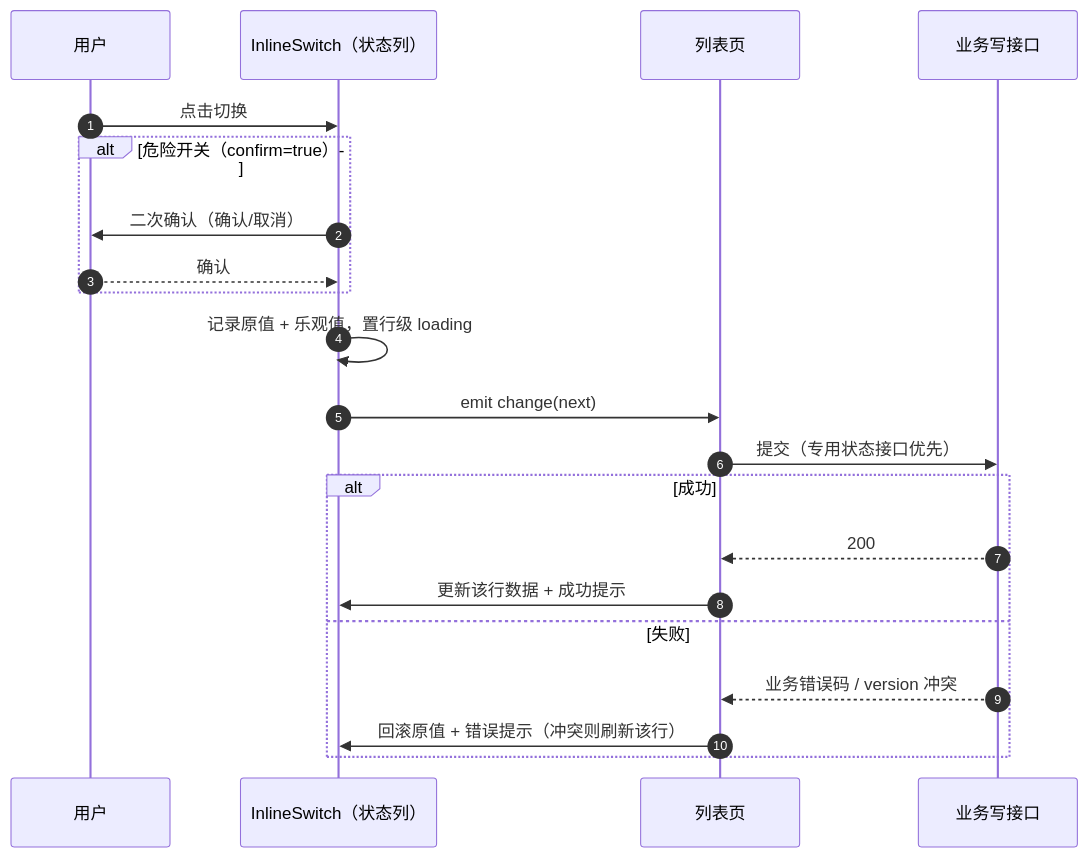
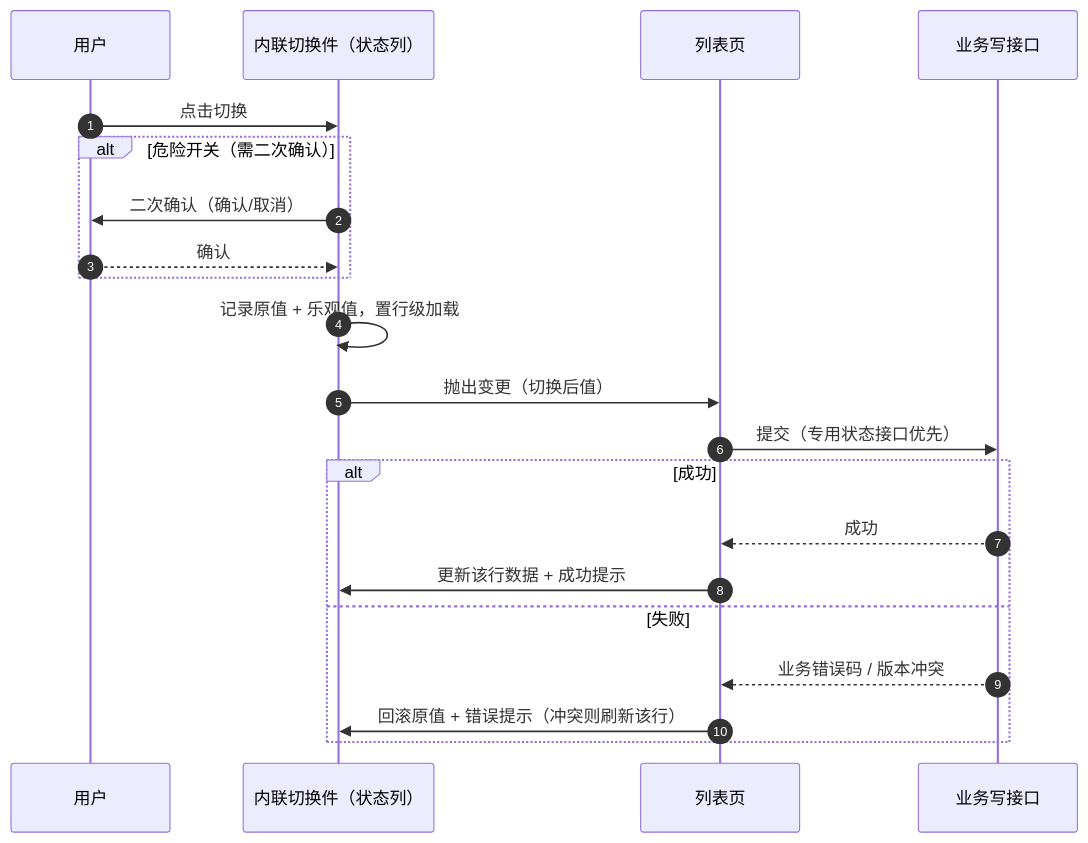
The diagram in bms文档/设计/组件设计/06_字段类/08_组件设计_开关与枚举字段/08_组件设计_开关与枚举字段.md (minjian123/basic-management-system), drawn with Mermaid before and after one commit. The commit also changed other lines of this file and 238 other files, not shown here.

````diff
--- a/bms文档/设计/组件设计/06_字段类/08_组件设计_开关与枚举字段/08_组件设计_开关与枚举字段.md
+++ b/bms文档/设计/组件设计/06_字段类/08_组件设计_开关与枚举字段/08_组件设计_开关与枚举字段.md
@@ -92,23 +76,23 @@
 ```mermaid
 sequenceDiagram
     autonumber
     participant 用户
-    participant 行 as InlineSwitch（状态列）
+    participant 行 as 内联切换件（状态列）
     participant 页面 as 列表页
     participant 后端 as 业务写接口
     用户->>行: 点击切换
-    alt 危险开关（confirm=true）
+    alt 危险开关（需二次确认）
         行->>用户: 二次确认（确认/取消）
         用户-->>行: 确认
     end
-    行->>行: 记录原值 + 乐观值，置行级 loading
-    行->>页面: emit change(next)
+    行->>行: 记录原值 + 乐观值，置行级加载
+    行->>页面: 抛出变更（切换后值）
     页面->>后端: 提交（专用状态接口优先）
     alt 成功
-        后端-->>页面: 200
+        后端-->>页面: 成功
         页面->>行: 更新该行数据 + 成功提示
     else 失败
-        后端-->>页面: 业务错误码 / version 冲突
+        后端-->>页面: 业务错误码 / 版本冲突
         页面->>行: 回滚原值 + 错误提示（冲突则刷新该行）
     end
 ```
````
